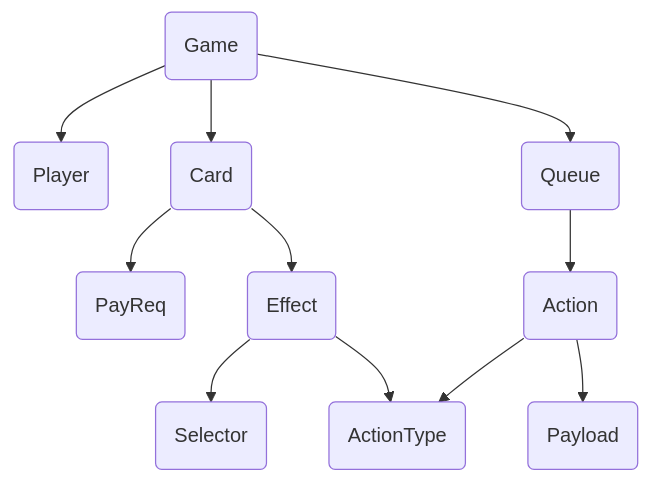
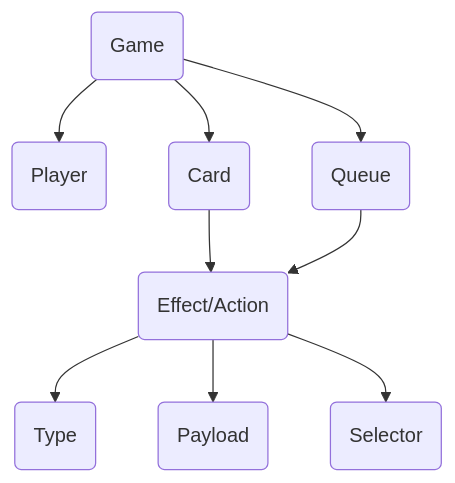
The first of 6 diagrams in README.md (stephtelolahy/WildWestOnline), drawn with Mermaid before and after one commit. The commit also changed other lines of this file and 76 other files, not shown here.

````diff
--- a/README.md
+++ b/README.md
@@ -32,13 +31,11 @@
 ```mermaid
 graph TD;
     GAME(Game) --> PLAYER(Player);
     GAME --> CARD(Card);
     GAME --> QUEUE(Queue);
-    QUEUE --> ACTION(Action);
-    ACTION --> ACTIONTYPE(ActionType);
+    CARD --> ACTION(Effect/Action);
+    QUEUE --> ACTION;
+    ACTION --> ACTIONTYPE(Type);
     ACTION --> PAYLOAD(Payload);
-    CARD --> PLAYREQ(PayReq);
-    CARD --> EFFECT(Effect);
-    EFFECT --> SELECTOR(Selector);
-    EFFECT --> ACTIONTYPE;
+    ACTION --> SELECTOR(Selector);
 ```
````
